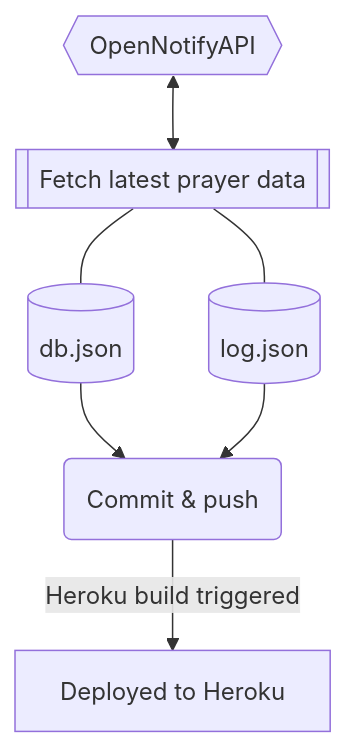
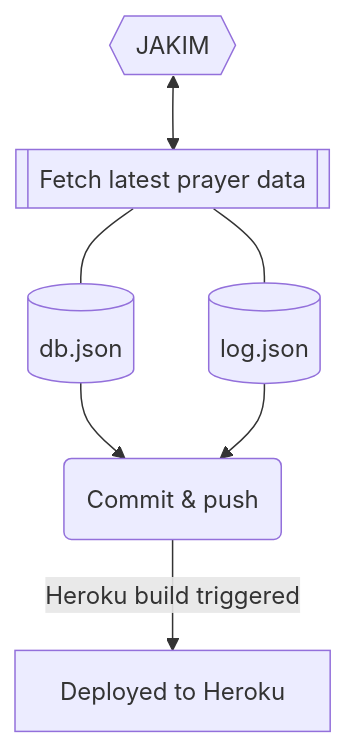
One commit to iqfareez/mpt-backup-api changed the diagram in README.md. Above: the diagram before and after it, drawn with Mermaid. The commit also changed 5 other files, not shown here.

````diff
--- a/README.md
+++ b/README.md
@@ -44,7 +44,7 @@
 ```mermaid
 flowchart TD
-    A{{OpenNotifyAPI}}
+    A{{JAKIM}}
     A <--> C
     C[[Fetch latest prayer data]] --- D[(db.json)] & E[(log.json)] --> F(Commit & push)
     F -->|Heroku build triggered| G[Deployed to Heroku]
 ```
````
